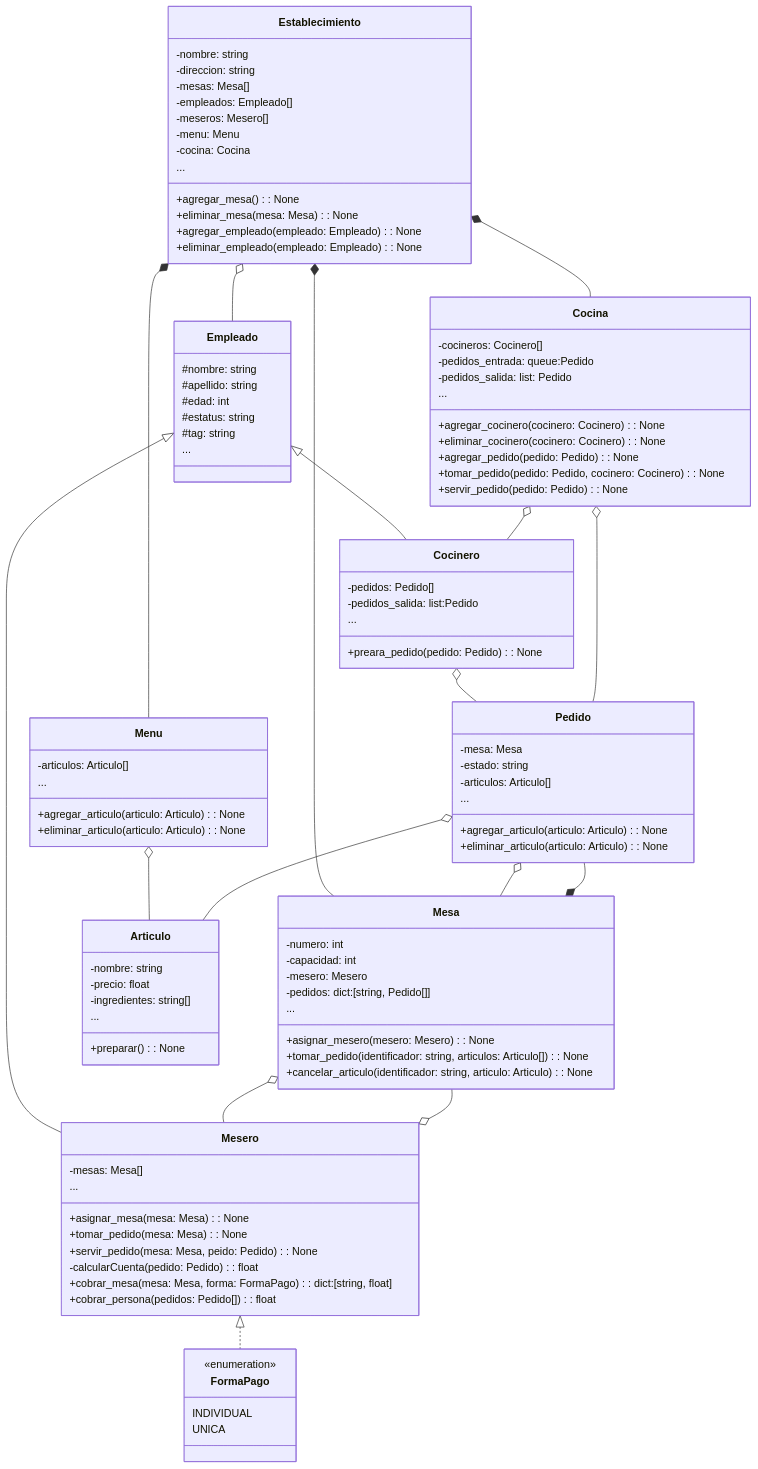
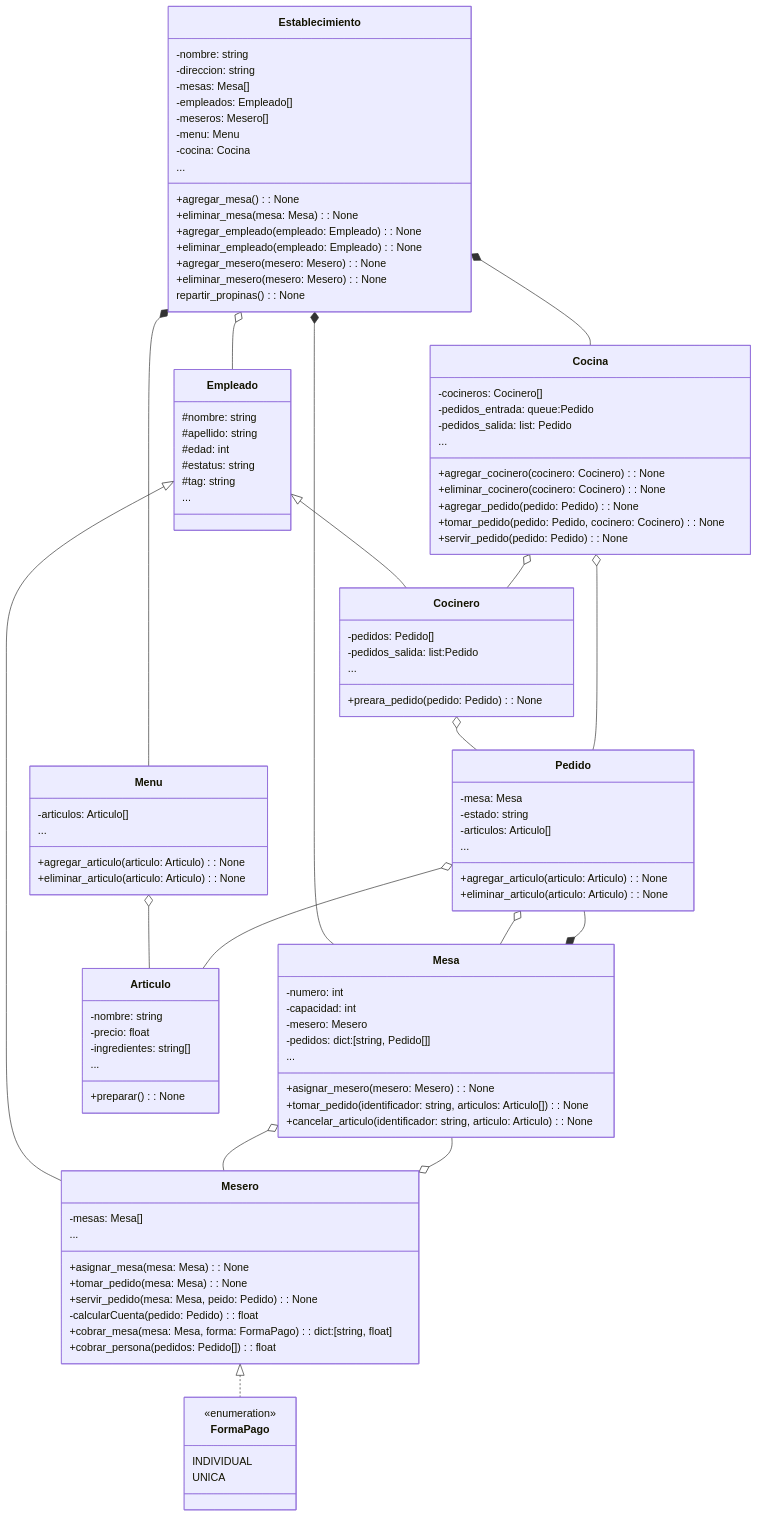
One commit to joseAcevesG/SOFT_RESTAURANT changed the diagram in UML.md. Above: the diagram before and after it, drawn with Mermaid.

```diff
--- a/UML.md
+++ b/UML.md
@@ -16,6 +16,9 @@
         +eliminar_mesa(mesa: Mesa): None
         +agregar_empleado(empleado: Empleado) : None
         +eliminar_empleado(empleado: Empleado) : None
+        +agregar_mesero(mesero: Mesero): None
+        +eliminar_mesero(mesero: Mesero): None
+        repartir_propinas(): None
         ...
     }
 
```
